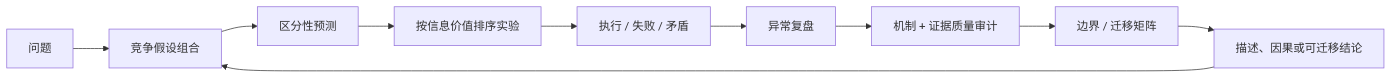
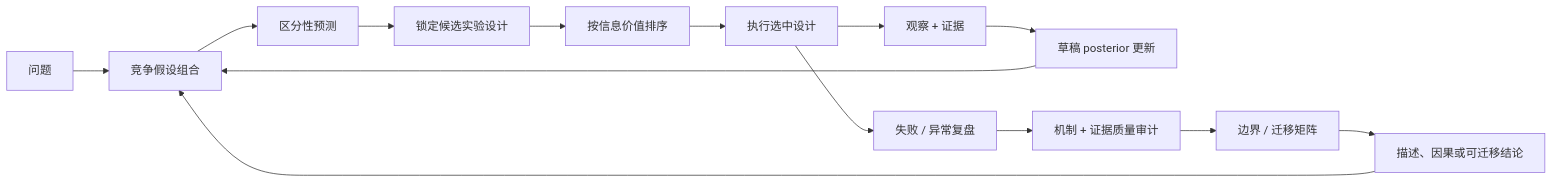
Before and after one commit to smileformylove/XScientist: the second of 3 diagrams in docs/README.zh.md, drawn with Mermaid. The commit also changed other lines of this file and 50 other files, not shown here.

````diff
--- a/docs/README.zh.md
+++ b/docs/README.zh.md
@@ -223,12 +223,16 @@
 ```mermaid
 flowchart LR
   Q["问题"] --> HP["竞争假设组合"]
   HP --> DP["区分性预测"]
-  DP --> IV["按信息价值排序实验"]
-  IV --> X["执行 / 失败 / 矛盾"]
-  X --> A["异常复盘"]
+  DP --> D["锁定候选实验设计"]
+  D --> IV["按信息价值排序"]
+  IV --> X["执行选中设计"]
+  X --> O["观察 + 证据"]
+  O --> P["草稿 posterior 更新"]
+  P --> HP
+  X --> A["失败 / 异常复盘"]
   A --> M["机制 + 证据质量审计"]
   M --> B["边界 / 迁移矩阵"]
   B --> C["描述、因果或可迁移结论"]
   C --> HP
 ```
````
